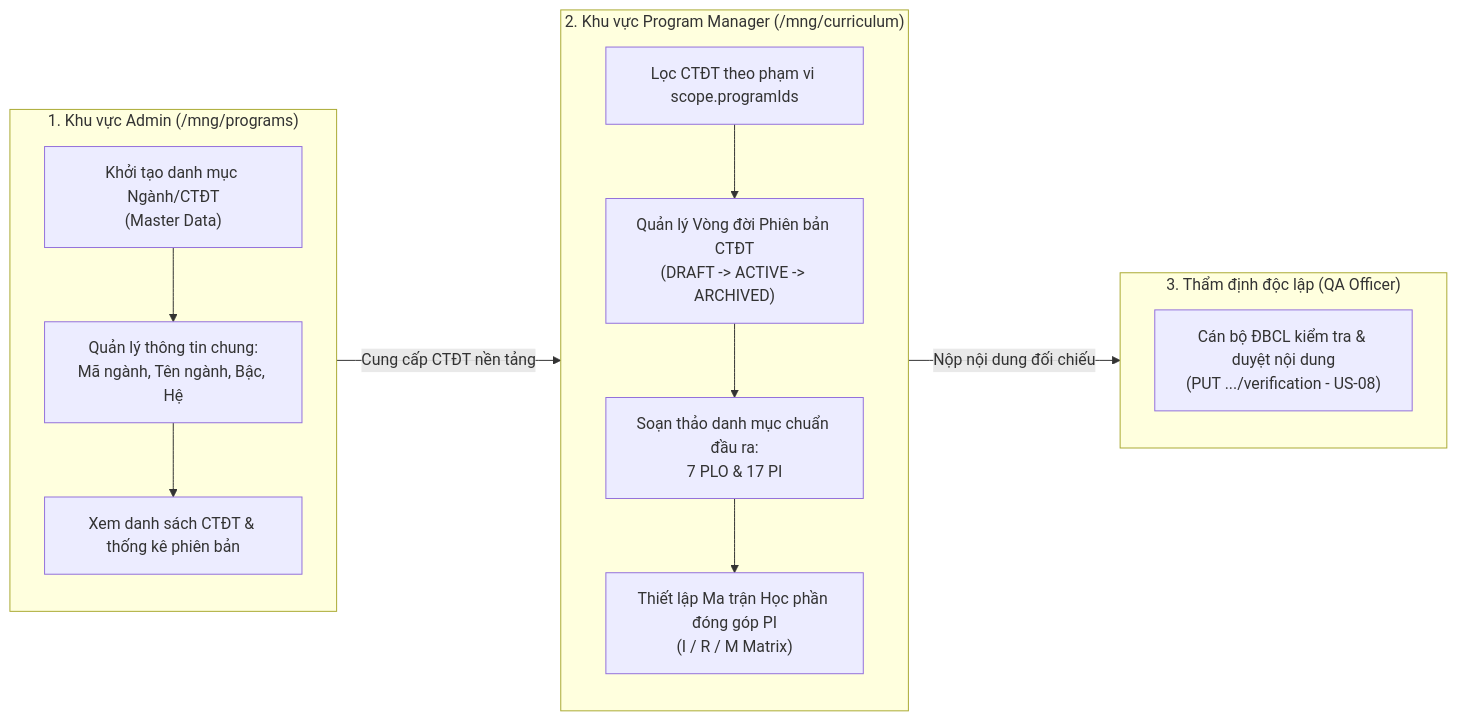
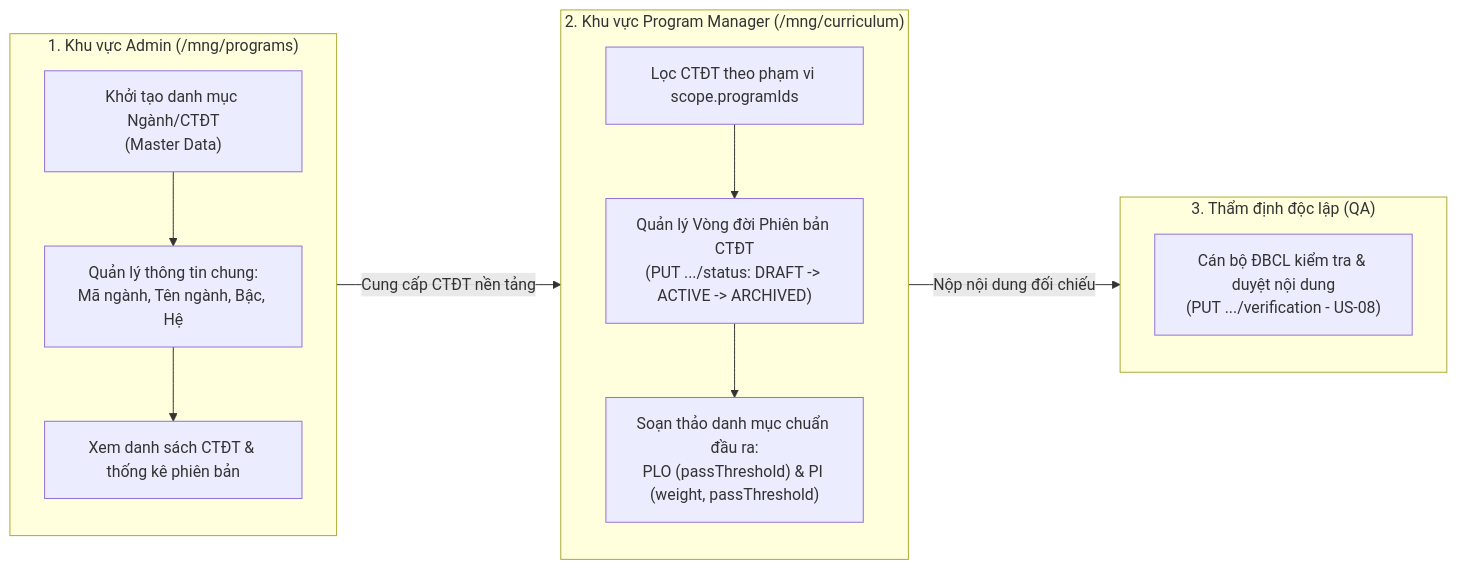
One commit to UTE-LMS/LMS-UI changed the first of 2 diagrams in doc/plan/F02-ctdt-plo-pi-ui.md. Above: the diagram before and after it, drawn with Mermaid. The commit also changed other lines of this file and 59 other files, not shown here.

````diff
--- a/doc/plan/F02-ctdt-plo-pi-ui.md
+++ b/doc/plan/F02-ctdt-plo-pi-ui.md
@@ -15,20 +15,19 @@
 ```mermaid
 flowchart LR
     subgraph ADMIN_SPACE["1. Khu vực Admin (/mng/programs)"]
         A1["Khởi tạo danh mục Ngành/CTĐT<br/>(Master Data)"] --> A2["Quản lý thông tin chung:<br/>Mã ngành, Tên ngành, Bậc, Hệ"]
         A2 --> A3["Xem danh sách CTĐT & thống kê phiên bản"]
     end
 
     subgraph PM_SPACE["2. Khu vực Program Manager (/mng/curriculum)"]
-        P1["Lọc CTĐT theo phạm vi scope.programIds"] --> P2["Quản lý Vòng đời Phiên bản CTĐT<br/>(DRAFT -> ACTIVE -> ARCHIVED)"]
-        P2 --> P3["Soạn thảo danh mục chuẩn đầu ra:<br/>7 PLO & 17 PI"]
-        P3 --> P4["Thiết lập Ma trận Học phần đóng góp PI<br/>(I / R / M Matrix)"]
+        P1["Lọc CTĐT theo phạm vi scope.programIds"] --> P2["Quản lý Vòng đời Phiên bản CTĐT<br/>(PUT .../status: DRAFT -> ACTIVE -> ARCHIVED)"]
+        P2 --> P3["Soạn thảo danh mục chuẩn đầu ra:<br/>PLO (passThreshold) & PI (weight, passThreshold)"]
     end
 
-    subgraph QA_SPACE["3. Thẩm định độc lập (QA Officer)"]
+    subgraph QA_SPACE["3. Thẩm định độc lập (QA)"]
         Q1["Cán bộ ĐBCL kiểm tra & duyệt nội dung<br/>(PUT .../verification - US-08)"]
     end
 
     ADMIN_SPACE -- "Cung cấp CTĐT nền tảng" --> PM_SPACE
     PM_SPACE -- "Nộp nội dung đối chiếu" --> QA_SPACE
 ```
````
